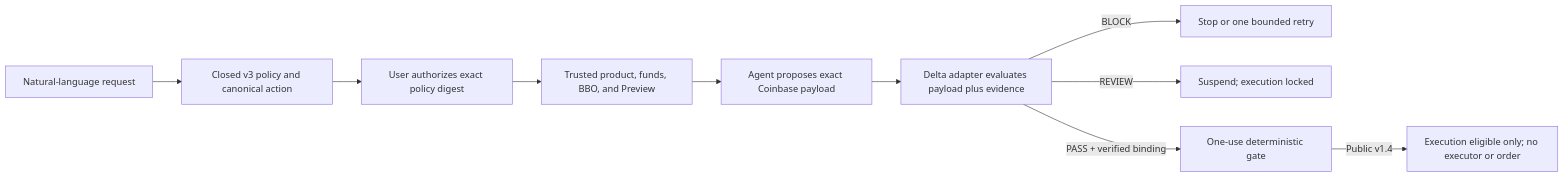
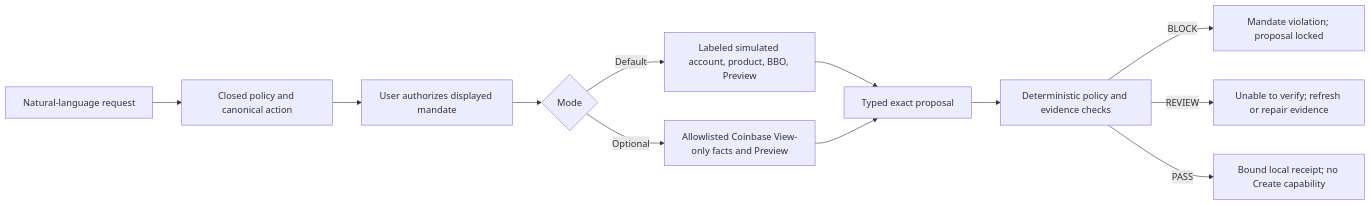
Before and after one commit to mylesoneil-repyhlabs/coinbase-preview-harness: the diagram in README.md, drawn with Mermaid. The commit also changed other lines of this file and 66 other files, not shown here.

````diff
--- a/README.md
+++ b/README.md
@@ -281,12 +302,14 @@
 ```mermaid
 flowchart LR
-  U["Natural-language request"] --> C["Closed v3 policy and canonical action"]
-  C --> H["User authorizes exact policy digest"]
-  H --> R["Trusted product, funds, BBO, and Preview"]
-  R --> A["Agent proposes exact Coinbase payload"]
-  A --> D["Delta adapter evaluates payload plus evidence"]
-  D -->|"BLOCK"| B["Stop or one bounded retry"]
-  D -->|"REVIEW"| W["Suspend; execution locked"]
-  D -->|"PASS + verified binding"| G["One-use deterministic gate"]
-  G -->|"Public v1.4"| E["Execution eligible only; no executor or order"]
+  U["Natural-language request"] --> C["Closed policy and canonical action"]
+  C --> H["User authorizes displayed mandate"]
+  H --> M{"Mode"}
+  M -->|"Default"| S["Labeled simulated account, product, BBO, Preview"]
+  M -->|"Optional"| V["Allowlisted Coinbase View-only facts and Preview"]
+  S --> P["Typed exact proposal"]
+  V --> P
+  P --> D["Deterministic policy and evidence checks"]
+  D -->|"BLOCK"| B["Mandate violation; proposal locked"]
+  D -->|"REVIEW"| R["Unable to verify; refresh or repair evidence"]
+  D -->|"PASS"| G["Bound local receipt; no Create capability"]
 ```
````
